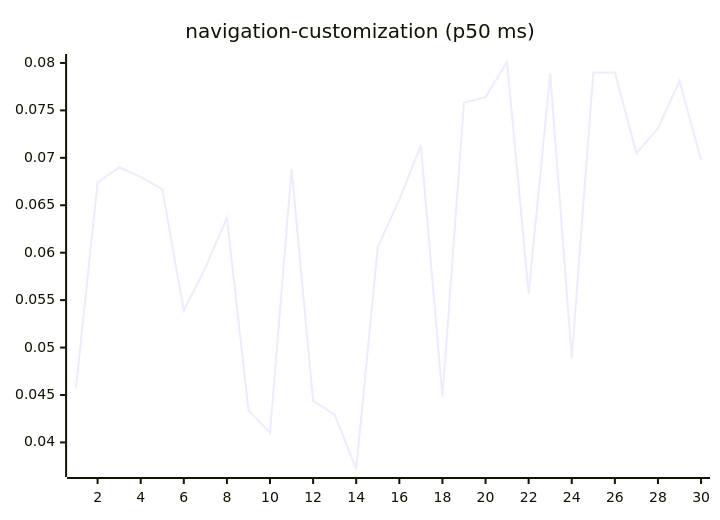
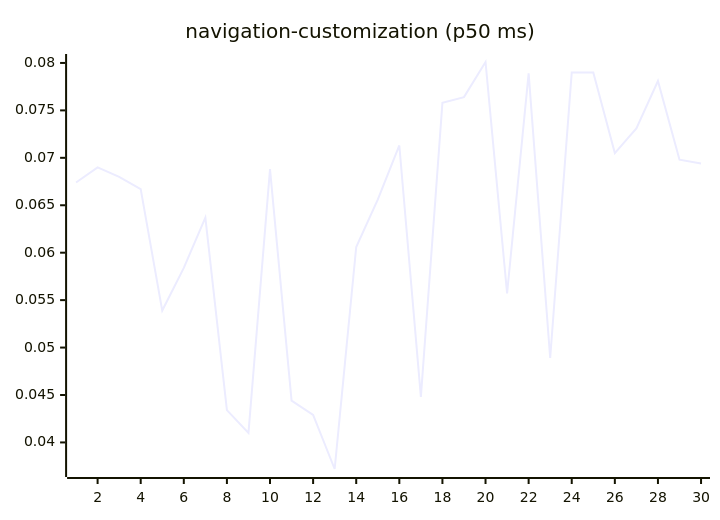
One commit to josha/Facet changed diagram 15 of 27 in README.md. Above: the diagram before and after it, drawn with Mermaid. The commit also changed other lines of this file and 2 other files, not shown here.

````diff
--- a/README.md
+++ b/README.md
@@ -161,6 +161,6 @@
 ```mermaid
 xychart-beta
     title "navigation-customization (p50 ms)"
     x-axis 1 --> 30
-    line [0.0458, 0.0674, 0.0690, 0.0680, 0.0667, 0.0539, 0.0584, 0.0637, 0.0434, 0.0410, 0.0688, 0.0444, 0.0429, 0.0372, 0.0606, 0.0656, 0.0713, 0.0448, 0.0758, 0.0764, 0.0801, 0.0557, 0.0789, 0.0489, 0.0790, 0.0790, 0.0705, 0.0731, 0.0781, 0.0698]
+    line [0.0674, 0.0690, 0.0680, 0.0667, 0.0539, 0.0584, 0.0637, 0.0434, 0.0410, 0.0688, 0.0444, 0.0429, 0.0372, 0.0606, 0.0656, 0.0713, 0.0448, 0.0758, 0.0764, 0.0801, 0.0557, 0.0789, 0.0489, 0.0790, 0.0790, 0.0705, 0.0731, 0.0781, 0.0698, 0.0694]
 ```
````
